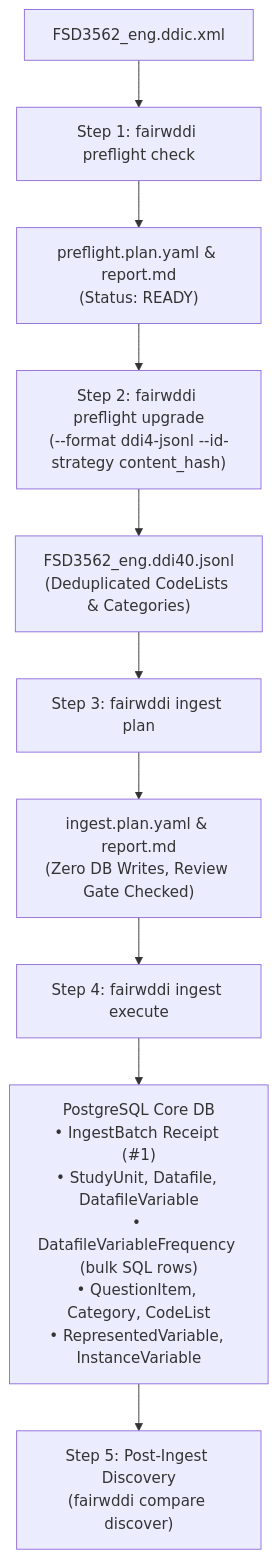
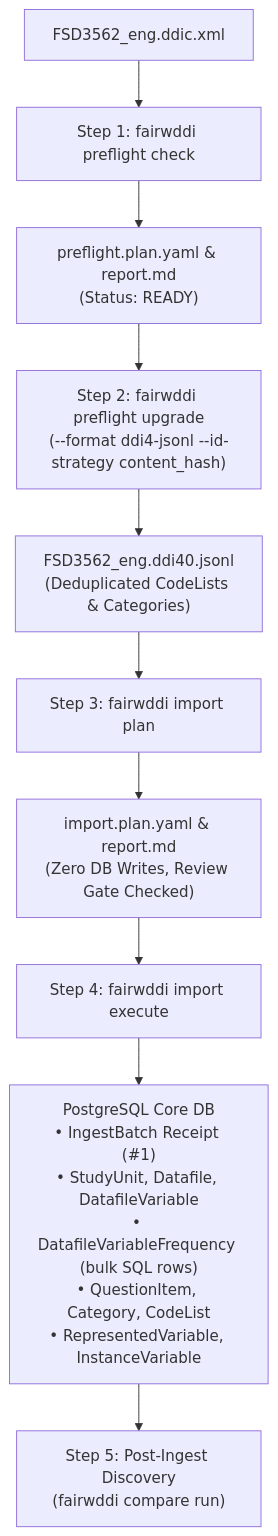
The first of 5 diagrams in deliverables/research/ingestion_workflows.md (PlgaH/fairwddi-wp3-3), drawn with Mermaid before and after one commit. The commit also changed other lines of this file and 163 other files, not shown here.

````diff
--- a/deliverables/research/ingestion_workflows.md
+++ b/deliverables/research/ingestion_workflows.md
@@ -28,12 +28,12 @@
 ```mermaid
 flowchart TD
     A["FSD3562_eng.ddic.xml"] --> B["Step 1: fairwddi preflight check"]
     B --> C["preflight.plan.yaml & report.md\n(Status: READY)"]
     C --> D["Step 2: fairwddi preflight upgrade\n(--format ddi4-jsonl --id-strategy content_hash)"]
     D --> E["FSD3562_eng.ddi40.jsonl\n(Deduplicated CodeLists & Categories)"]
-    E --> F["Step 3: fairwddi ingest plan"]
-    F --> G["ingest.plan.yaml & report.md\n(Zero DB Writes, Review Gate Checked)"]
-    G --> H["Step 4: fairwddi ingest execute"]
+    E --> F["Step 3: fairwddi import plan"]
+    F --> G["import.plan.yaml & report.md\n(Zero DB Writes, Review Gate Checked)"]
+    G --> H["Step 4: fairwddi import execute"]
     H --> I["PostgreSQL Core DB\n• IngestBatch Receipt (#1)\n• StudyUnit, Datafile, DatafileVariable\n• DatafileVariableFrequency (bulk SQL rows)\n• QuestionItem, Category, CodeList\n• RepresentedVariable, InstanceVariable"]
-    I --> J["Step 5: Post-Ingest Discovery\n(fairwddi compare discover)"]
+    I --> J["Step 5: Post-Ingest Discovery\n(fairwddi compare run)"]
 ```
````
